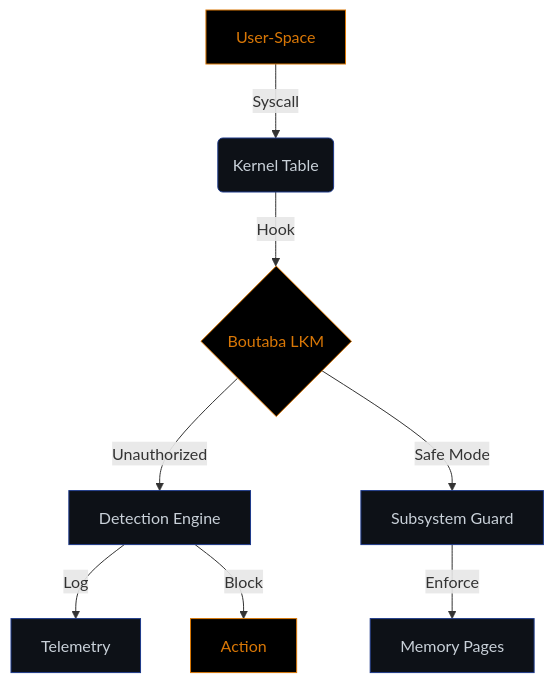
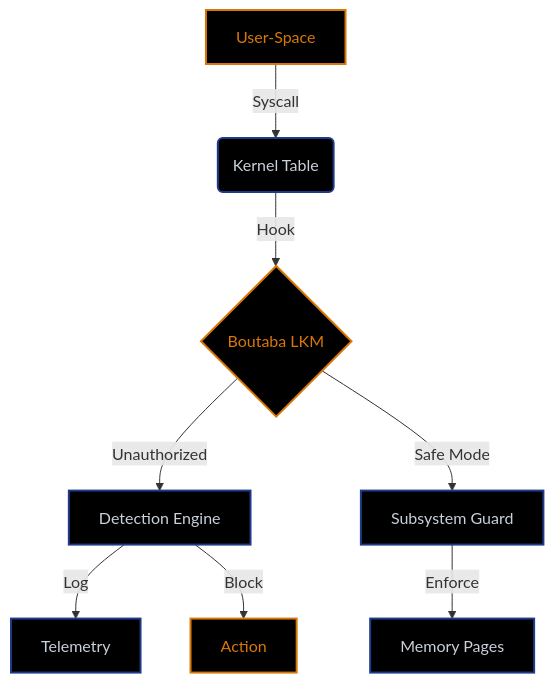
The diagram in README.md (boutaba-motezeballah/linux-kernel-hardening), drawn with Mermaid before and after one commit.

Commit message:
Update styles in README for improved visibility

````diff
--- a/README.md
+++ b/README.md
@@ -9,19 +9,19 @@
 ```mermaid
 graph TD
     A[User-Space] -->|Syscall| B(Kernel Table)
     B -->|Hook| C{Boutaba LKM}
     C -->|Unauthorized| D[Detection Engine]
     C -->|Safe Mode| E[Subsystem Guard]
     D -->|Log| F[Telemetry]
     D -->|Block| G[Action]
     E -->|Enforce| H[Memory Pages]
 
-    style A fill:#000000,stroke:#d97706,color:#d97706
-    style B fill:#0d1117,stroke:#1e3a8a,color:#c9d1d9
-    style C fill:#000000,stroke:#d97706,color:#d97706
-    style D fill:#0d1117,stroke:#1e3a8a,color:#c9d1d9
-    style E fill:#0d1117,stroke:#1e3a8a,color:#c9d1d9
-    style F fill:#0d1117,stroke:#1e3a8a,color:#c9d1d9
-    style G fill:#000000,stroke:#d97706,color:#d97706
-    style H fill:#0d1117,stroke:#1e3a8a,color:#c9d1d9
+    style A fill:#000000,stroke:#d97706,stroke-width:2px,color:#d97706
+    style B fill:#000000,stroke:#1e3a8a,stroke-width:2px,color:#c9d1d9
+    style C fill:#000000,stroke:#d97706,stroke-width:2px,color:#d97706
+    style D fill:#000000,stroke:#1e3a8a,stroke-width:2px,color:#c9d1d9
+    style E fill:#000000,stroke:#1e3a8a,stroke-width:2px,color:#c9d1d9
+    style F fill:#000000,stroke:#1e3a8a,stroke-width:2px,color:#c9d1d9
+    style G fill:#000000,stroke:#d97706,stroke-width:2px,color:#d97706
+    style H fill:#000000,stroke:#1e3a8a,stroke-width:2px,color:#c9d1d9
 ```
````
